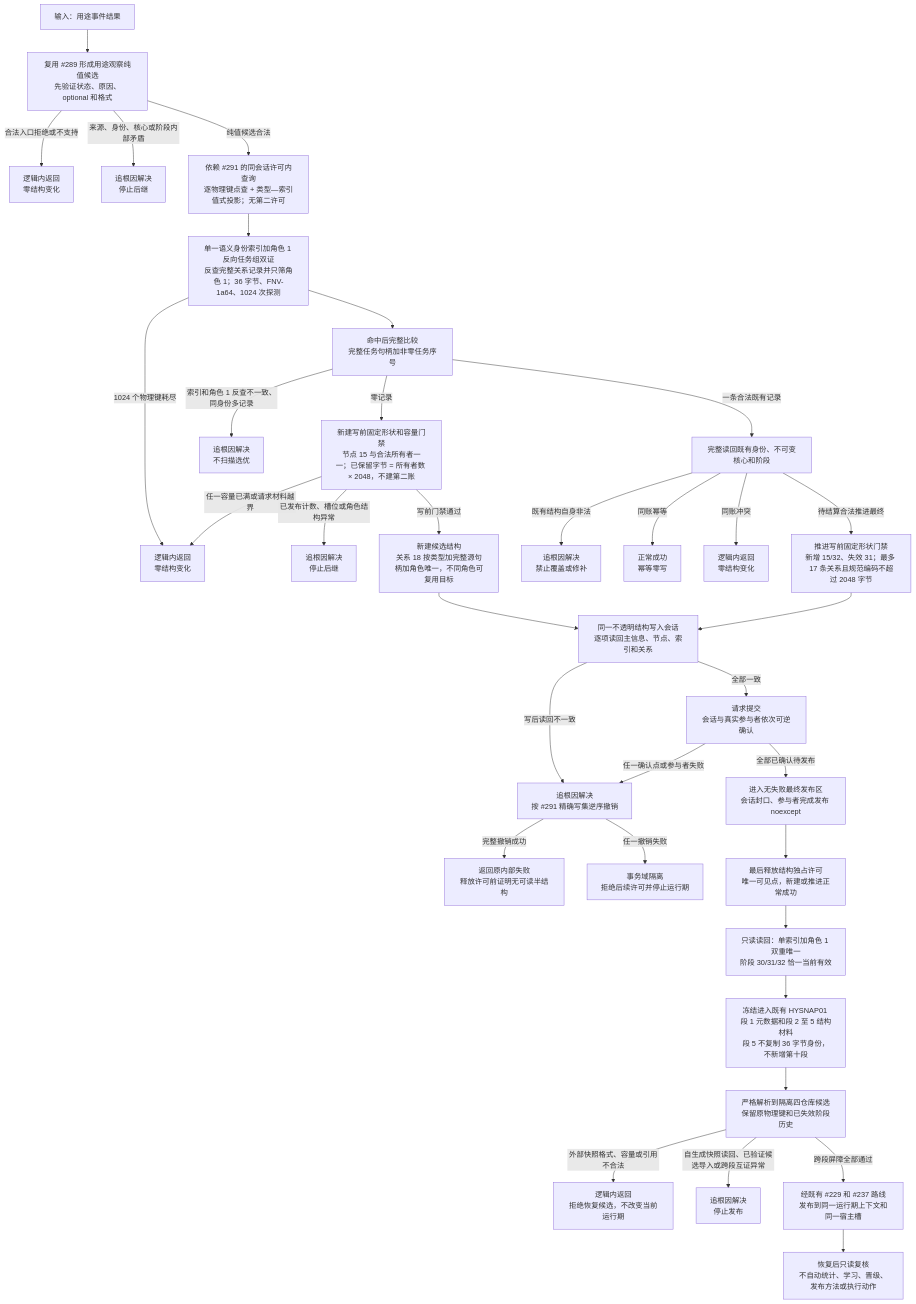
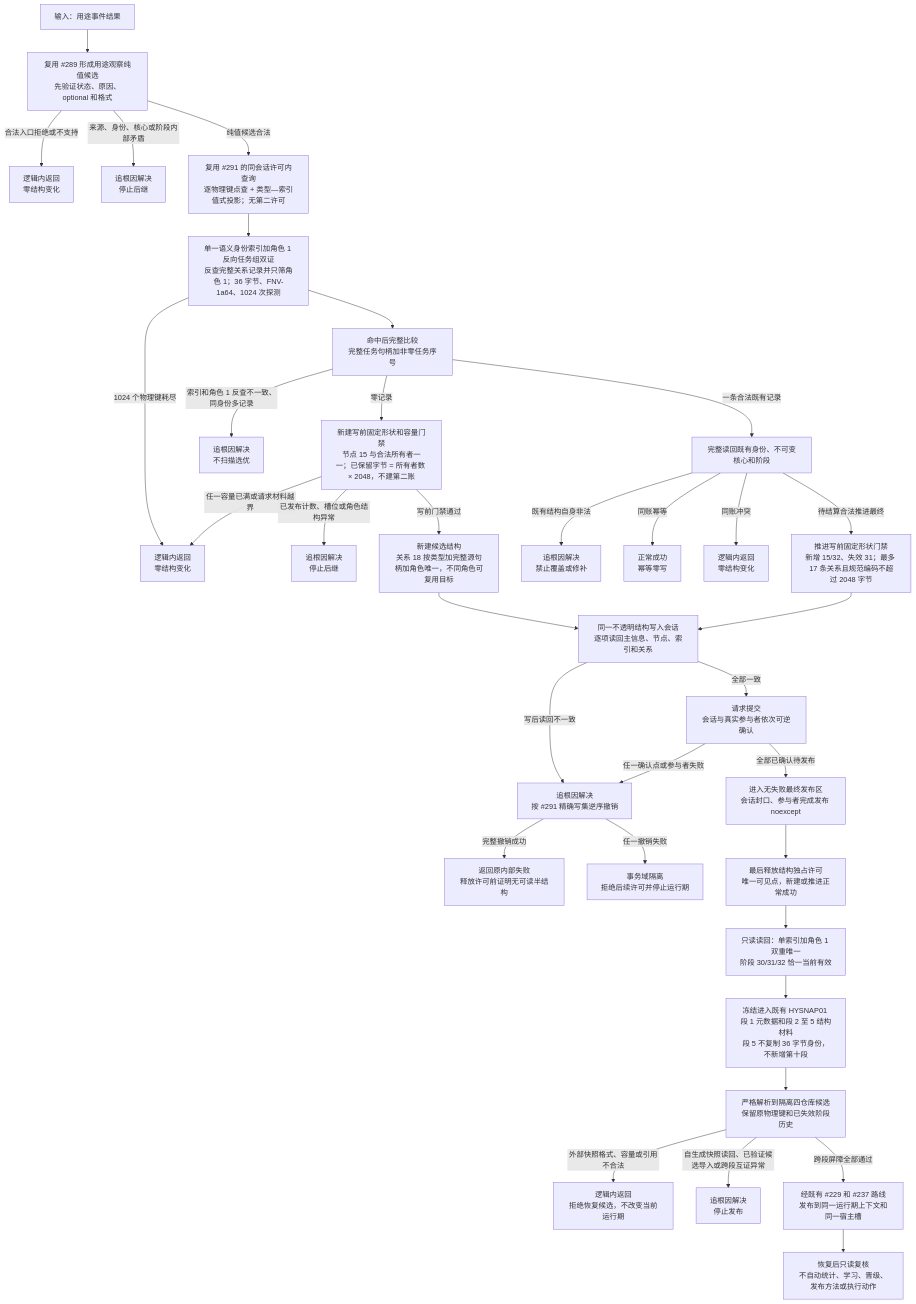
Before and after one commit to chunhaizh-cyber/HY-Ego: the diagram in 流程图/20260717_权威用途观察结构承载与事务发布恢复流程图_v0.1.md, drawn with Mermaid. The commit also changed other lines of this file and 16 other files, not shown here.

````diff
--- a/流程图/20260717_权威用途观察结构承载与事务发布恢复流程图_v0.1.md
+++ b/流程图/20260717_权威用途观察结构承载与事务发布恢复流程图_v0.1.md
@@ -28,36 +28,36 @@
 ```mermaid
 flowchart TD
     A["输入：用途事件结果"] --> B["复用 #289 形成用途观察纯值候选<br/>先验证状态、原因、optional 和格式"]
     B -->|"合法入口拒绝或不支持"| L1["逻辑内返回<br/>零结构变化"]
     B -->|"来源、身份、核心或阶段内部矛盾"| R1["追根因解决<br/>停止后继"]
-    B -->|"纯值候选合法"| D["依赖 #291 的同会话许可内查询<br/>逐物理键点查 + 类型—索引值式投影；无第二许可"]
+    B -->|"纯值候选合法"| D["复用 #291 的同会话许可内查询<br/>逐物理键点查 + 类型—索引值式投影；无第二许可"]
     D --> D1["单一语义身份索引加角色 1 反向任务组双证<br/>反查完整关系记录并只筛角色 1；36 字节、FNV-1a64、1024 次探测"]
     D1 -->|"1024 个物理键耗尽"| L2["逻辑内返回<br/>零结构变化"]
     D1 --> E["命中后完整比较<br/>完整任务句柄加非零任务序号"]
     E -->|"索引和角色 1 反查不一致、同身份多记录"| R3["追根因解决<br/>不扫描选优"]
     E -->|"零记录"| C["新建写前固定形状和容量门禁<br/>节点 15 与合法所有者一一；已保留字节 = 所有者数 × 2048，不建第二账"]
     C -->|"任一容量已满或请求材料越界"| L2
     C -->|"已发布计数、槽位或角色结构异常"| R2["追根因解决<br/>停止后继"]
     C -->|"写前门禁通过"| N["新建候选结构<br/>关系 18 按类型加完整源句柄加角色唯一，不同角色可复用目标"]
     E -->|"一条合法既有记录"| F["完整读回既有身份、不可变核心和阶段"]
     F -->|"既有结构自身非法"| R4["追根因解决<br/>禁止覆盖或修补"]
     F -->|"同账幂等"| S0["正常成功<br/>幂等零写"]
     F -->|"同账冲突"| L3["逻辑内返回<br/>零结构变化"]
     F -->|"待结算合法推进最终"| P["推进写前固定形状门禁<br/>新增 15/32、失效 31；最多 17 条关系且规范编码不超过 2048 字节"]
     N --> Q["同一不透明结构写入会话<br/>逐项读回主信息、节点、索引和关系"]
     P --> Q
     Q -->|"写后读回不一致"| R5["追根因解决<br/>按 #291 精确写集逆序撤销"]
     Q -->|"全部一致"| T["请求提交<br/>会话与真实参与者依次可逆确认"]
     T -->|"任一确认点或参与者失败"| R5
     R5 -->|"完整撤销成功"| R7["返回原内部失败<br/>释放许可前证明无可读半结构"]
     R5 -->|"任一撤销失败"| R8["事务域隔离<br/>拒绝后续许可并停止运行期"]
     T -->|"全部已确认待发布"| T2["进入无失败最终发布区<br/>会话封口、参与者完成发布 noexcept"]
     T2 --> U["最后释放结构独占许可<br/>唯一可见点，新建或推进正常成功"]
     U --> V["只读读回：单索引加角色 1 双重唯一<br/>阶段 30/31/32 恰一当前有效"]
     V --> W["冻结进入既有 HYSNAP01 段 1 元数据和段 2 至 5 结构材料<br/>段 5 不复制 36 字节身份，不新增第十段"]
     W --> X["严格解析到隔离四仓库候选<br/>保留原物理键和已失效阶段历史"]
     X -->|"外部快照格式、容量或引用不合法"| L4["逻辑内返回<br/>拒绝恢复候选，不改变当前运行期"]
     X -->|"自生成快照读回、已验证候选导入或跨段互证异常"| R6["追根因解决<br/>停止发布"]
     X -->|"跨段屏障全部通过"| Y["经既有 #229 和 #237 路线<br/>发布到同一运行期上下文和同一宿主槽"]
     Y --> Z["恢复后只读复核<br/>不自动统计、学习、晋级、发布方法或执行动作"]
 ```
````
